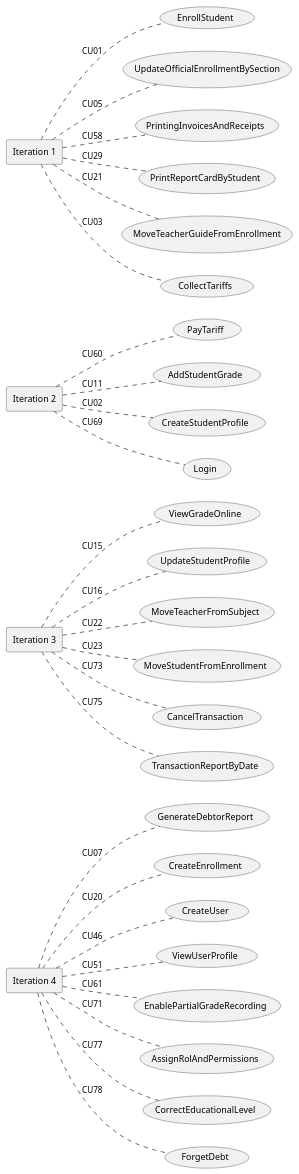
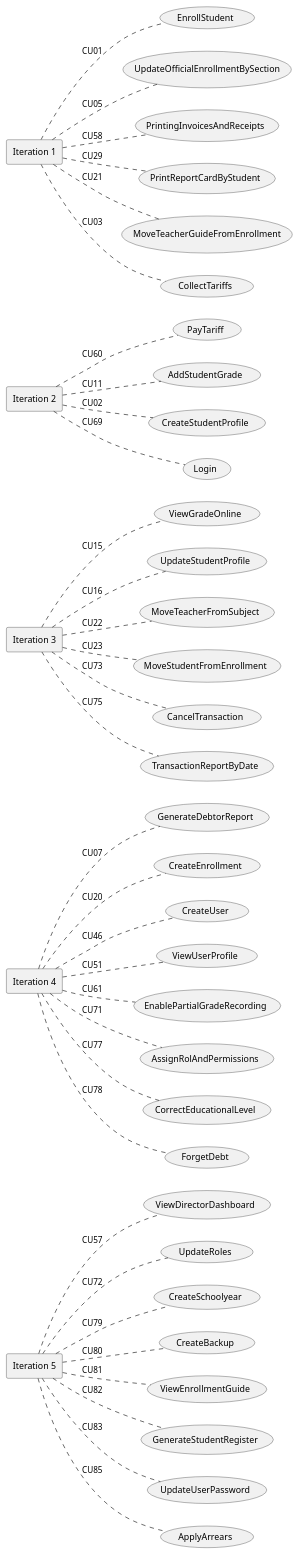
One commit to wsmcbl/wsmcbl.doc changed the diagram in UseCaseView/Prioritization.puml. Above: the diagram before and after it, drawn with PlantUML. The commit also changed 1 other file, not shown here.

Commit message:
Update: add V iteration use cases in Prioritization.puml file

```diff
--- a/UseCaseView/Prioritization.puml
+++ b/UseCaseView/Prioritization.puml
@@ -1,74 +1,96 @@
 @startuml
 'skinparam BackgroundColor transparent
 left to right direction
+
+rectangle "Iteration 5" as Iteration5
+
+usecase CU57 as "ViewDirectorDashboard"
+usecase CU72 as "UpdateRoles"
+usecase CU79 as "CreateSchoolyear"
+usecase CU80 as "CreateBackup"
+usecase CU81 as "ViewEnrollmentGuide"
+usecase CU82 as "GenerateStudentRegister"
+usecase CU83 as "UpdateUserPassword"
+usecase CU85 as "ApplyArrears"
+
+Iteration5 .. CU57 : CU57
+Iteration5 .. CU72 : CU72
+Iteration5 .. CU79 : CU79
+Iteration5 .. CU80 : CU80
+Iteration5 .. CU81 : CU81
+Iteration5 .. CU82 : CU82
+Iteration5 .. CU83 : CU83
+Iteration5 .. CU85 : CU85
+
+
 
 rectangle "Iteration 4" as Iteration4
 
 usecase CU07 as "GenerateDebtorReport"
 usecase CU20 as "CreateEnrollment"
 usecase CU46 as "CreateUser"
 usecase CU51 as "ViewUserProfile"
 usecase CU61 as "EnablePartialGradeRecording"
 usecase CU71 as "AssignRolAndPermissions"
 usecase CU77 as "CorrectEducationalLevel"
 usecase CU78 as "ForgetDebt"
 
 Iteration4 .. CU07 : CU07
 Iteration4 .. CU20 : CU20
 Iteration4 .. CU46 : CU46
 Iteration4 .. CU51 : CU51
 Iteration4 .. CU61 : CU61
 Iteration4 .. CU71 : CU71
 Iteration4 .. CU77 : CU77
 Iteration4 .. CU78 : CU78
 
 
 
 rectangle "Iteration 3" as Iteration3
 
 usecase CU15 as "ViewGradeOnline"
 usecase CU16 as "UpdateStudentProfile"
 usecase CU22 as "MoveTeacherFromSubject"
 usecase CU23 as "MoveStudentFromEnrollment"
 usecase CU73 as "CancelTransaction"
 usecase CU75 as "TransactionReportByDate"
 
 Iteration3 .. CU15 : CU15
 Iteration3 .. CU16 : CU16
 Iteration3 .. CU22 : CU22
 Iteration3 .. CU23 : CU23
 Iteration3 .. CU73 : CU73
 Iteration3 .. CU75 : CU75
 
 
 rectangle "Iteration 2" as Iteration2
 
 usecase CU60 as "PayTariff"
 usecase CU11 as "AddStudentGrade"
 usecase CU02 as "CreateStudentProfile"
 usecase CU69 as "Login"
 
 Iteration2 .. CU60 : CU60
 Iteration2 .. CU11 : CU11
 Iteration2 .. CU02 : CU02
 Iteration2 .. CU69 : CU69
 
 
 
 rectangle "Iteration 1" as Iteration1
 
 usecase CU01 as "EnrollStudent"
 usecase CU05 as "UpdateOfficialEnrollmentBySection"
 usecase CU58 as "PrintingInvoicesAndReceipts"
 usecase CU29 as "PrintReportCardByStudent"
 usecase CU21 as "MoveTeacherGuideFromEnrollment"
 usecase CU03 as "CollectTariffs"
 
 Iteration1 .. CU01 : CU01
 Iteration1 .. CU05 : CU05
 Iteration1 .. CU58 : CU58
 Iteration1 .. CU29 : CU29
 Iteration1 .. CU21 : CU21
 Iteration1 .. CU03 : CU03
 
 @enduml
```
